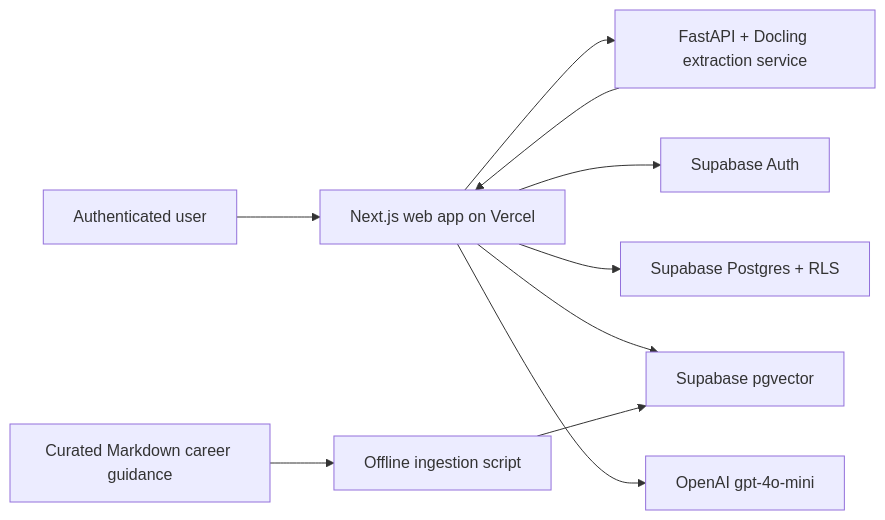
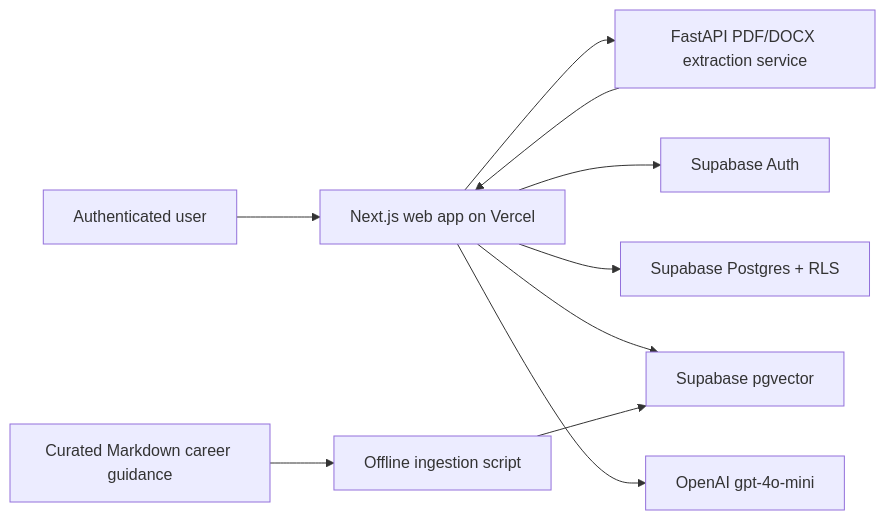
One commit to jacobvillar/atlas changed the diagram in docs/architecture/architecture-notes.md. Above: the diagram before and after it, drawn with Mermaid. The commit also changed other lines of this file and 34 other files, not shown here.

````diff
--- a/docs/architecture/architecture-notes.md
+++ b/docs/architecture/architecture-notes.md
@@ -9,12 +9,12 @@
 ```mermaid
 flowchart LR
   User[Authenticated user] --> Web[Next.js web app on Vercel]
-  Web --> Extract[FastAPI + Docling extraction service]
+  Web --> Extract[FastAPI PDF/DOCX extraction service]
   Extract --> Web
   Web --> Auth[Supabase Auth]
   Web --> DB[Supabase Postgres + RLS]
   Web --> Vector[Supabase pgvector]
   Web --> LLM[OpenAI gpt-4o-mini]
   Seeds[Curated Markdown career guidance] --> Ingest[Offline ingestion script]
   Ingest --> Vector
 ```
````
